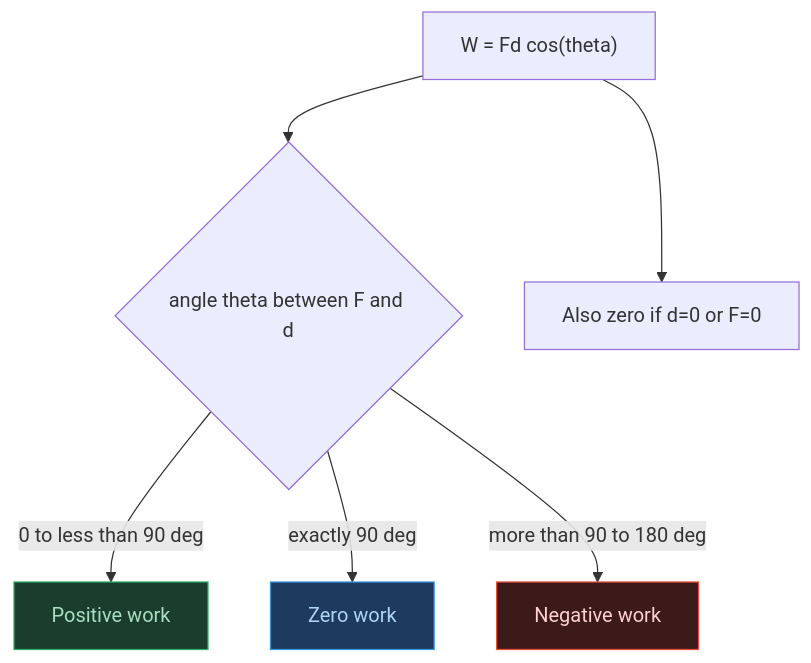
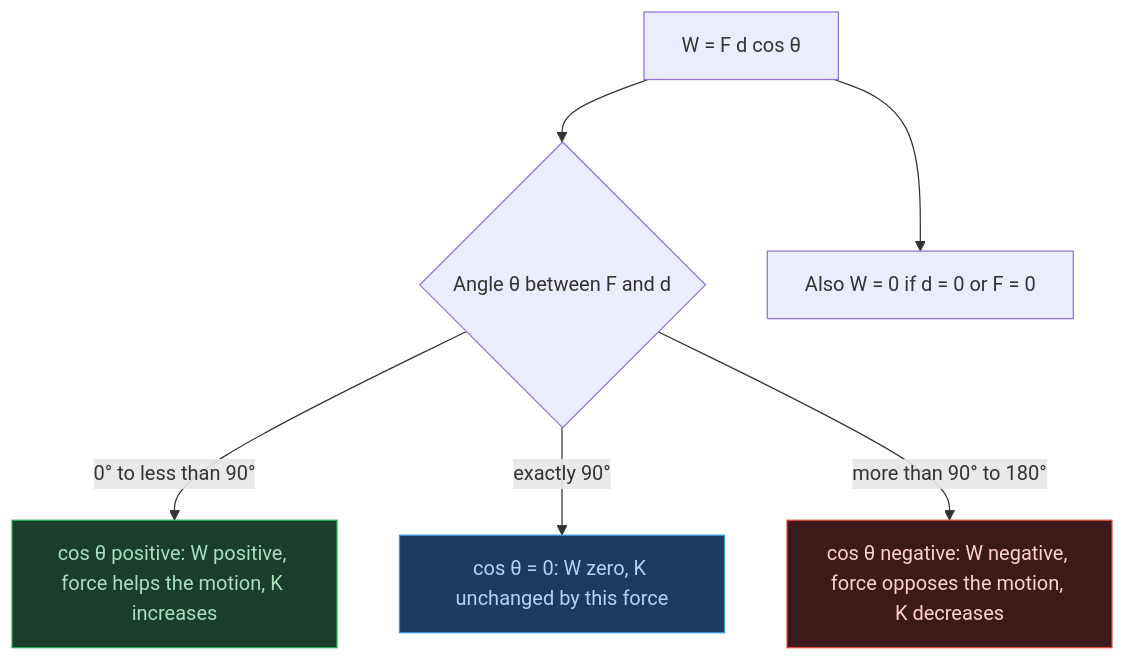
The third of 9 diagrams in AI-NOTES/PHYSICS/PHYSICS05-WORK_ENERGY_AND_POWER/PHYSICS05-WORK_ENERGY_AND_POWER-NOTES.md (fsr-science/NCERT-Science), drawn with Mermaid before and after one commit. The commit also changed other lines of this file, not shown here.

````diff
--- a/AI-NOTES/PHYSICS/PHYSICS05-WORK_ENERGY_AND_POWER/PHYSICS05-WORK_ENERGY_AND_POWER-NOTES.md
+++ b/AI-NOTES/PHYSICS/PHYSICS05-WORK_ENERGY_AND_POWER/PHYSICS05-WORK_ENERGY_AND_POWER-NOTES.md
@@ -62,12 +482,12 @@
 ```mermaid
 flowchart TD
-    A["W = Fd cos(theta)"] --> B{"angle theta between F and d"}
-    B -->|"0 to less than 90 deg"| C["Positive work"]
-    B -->|"exactly 90 deg"| D["Zero work"]
-    B -->|"more than 90 to 180 deg"| E["Negative work"]
-    A --> F["Also zero if d=0 or F=0"]
+    A["W = F d cos θ"] --> B{"Angle θ between F and d"}
+    B -->|"0° to less than 90°"| C["cos θ positive: W positive, force helps the motion, K increases"]
+    B -->|"exactly 90°"| D["cos θ = 0: W zero, K unchanged by this force"]
+    B -->|"more than 90° to 180°"| E["cos θ negative: W negative, force opposes the motion, K decreases"]
+    A --> F["Also W = 0 if d = 0 or F = 0"]
 
     style C fill:#1a3d2e,color:#a9dfbf,stroke:#27ae60
     style D fill:#1e3a5f,color:#aed6f1,stroke:#3498db
     style E fill:#3d1a1a,color:#ffd0d0,stroke:#e74c3c
 ```
````
